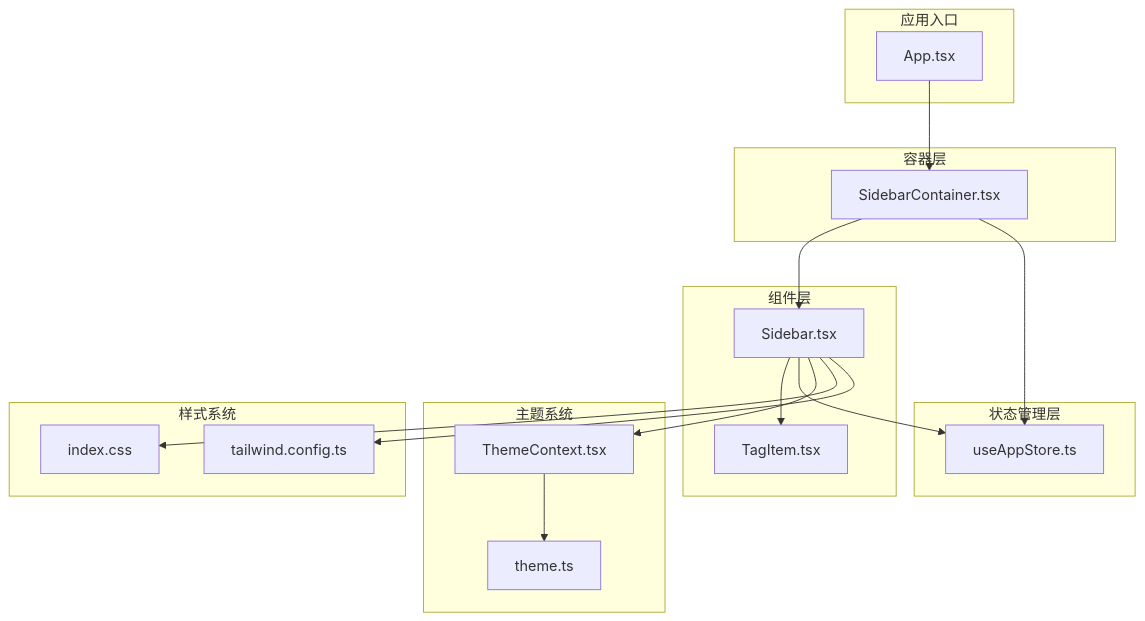
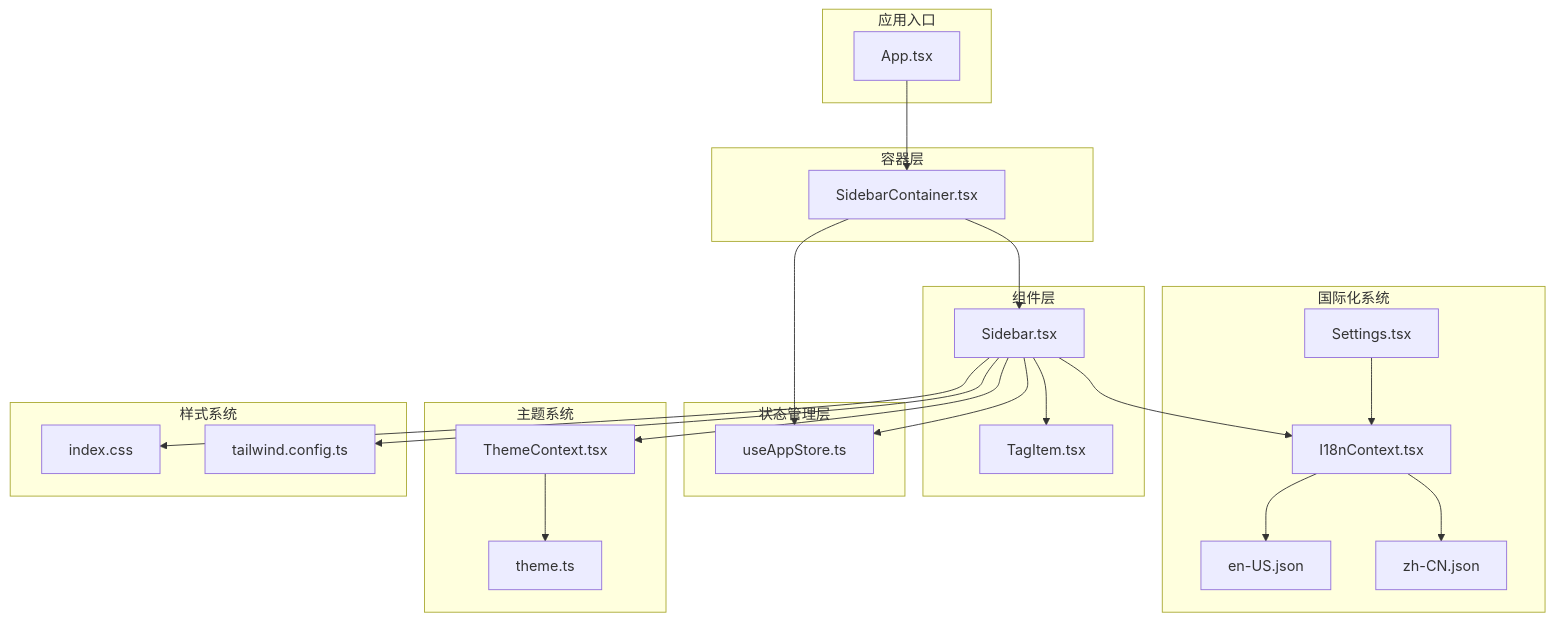
The first of 13 diagrams in repowiki/zh/content/前端开发/UI 组件详解/侧边栏组件 (Sidebar).md (YLee9527/Medex), drawn with Mermaid before and after one commit. The commit also changed other lines of this file and 13 other files, not shown here.

````diff
--- a/repowiki/zh/content/前端开发/UI 组件详解/侧边栏组件 (Sidebar).md
+++ b/repowiki/zh/content/前端开发/UI 组件详解/侧边栏组件 (Sidebar).md
@@ -39,33 +54,43 @@
 ```mermaid
 graph TB
 subgraph "组件层"
 Sidebar[Sidebar.tsx]
 TagItem[TagItem.tsx]
 end
 subgraph "容器层"
 SidebarContainer[SidebarContainer.tsx]
 end
 subgraph "状态管理层"
 useAppStore[useAppStore.ts]
+end
+subgraph "国际化系统"
+I18nContext[I18nContext.tsx]
+enUS[en-US.json]
+zhCN[zh-CN.json]
+Settings[Settings.tsx]
 end
 subgraph "主题系统"
 ThemeContext[ThemeContext.tsx]
 ThemeConfig[theme.ts]
 end
 subgraph "样式系统"
 CSS[index.css]
 Tailwind[tailwind.config.ts]
 end
 subgraph "应用入口"
 App[App.tsx]
 end
 App --> SidebarContainer
 SidebarContainer --> Sidebar
 Sidebar --> TagItem
 Sidebar --> useAppStore
 SidebarContainer --> useAppStore
+Sidebar --> I18nContext
+I18nContext --> enUS
+I18nContext --> zhCN
 Sidebar --> ThemeContext
 ThemeContext --> ThemeConfig
 Sidebar --> CSS
 Sidebar --> Tailwind
+Settings --> I18nContext
 ```
````
